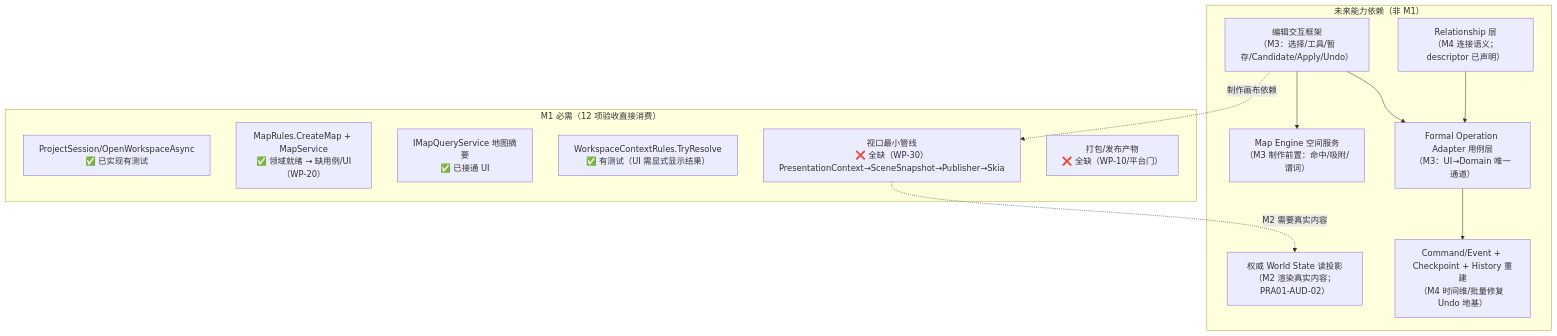
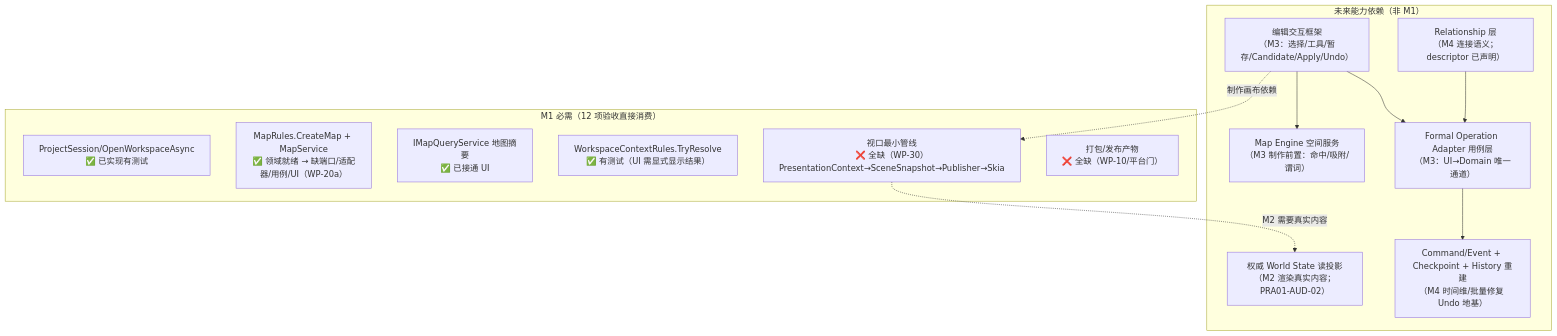
The third of 3 diagrams in docs/implementation/wp-00-inventory/IMPLEMENTATION_DEPENDENCY_GRAPH.md (luqizheng/worldview), drawn with Mermaid before and after one commit. The commit also changed other lines of this file and 6 other files, not shown here.

First line of the commit message:
docs: revise WP-00 inventory - align M1 acceptance with roadmap WP-30, split P0-4, fix WP-20a architecture

````diff
--- a/docs/implementation/wp-00-inventory/IMPLEMENTATION_DEPENDENCY_GRAPH.md
+++ b/docs/implementation/wp-00-inventory/IMPLEMENTATION_DEPENDENCY_GRAPH.md
@@ -56,27 +56,27 @@
 ```mermaid
 graph TD
     subgraph M1Needs["M1 必需（12 项验收直接消费）"]
         m1a["ProjectSession/OpenWorkspaceAsync<br/>✅ 已实现有测试"]
-        m1b["MapRules.CreateMap + MapService<br/>✅ 领域就绪 → 缺用例/UI（WP-20）"]
+        m1b["MapRules.CreateMap + MapService<br/>✅ 领域就绪 → 缺端口/适配器/用例/UI（WP-20a）"]
         m1c["IMapQueryService 地图摘要<br/>✅ 已接通 UI"]
         m1d["WorkspaceContextRules.TryResolve<br/>✅ 有测试（UI 需显式显示结果）"]
         m1e["视口最小管线<br/>❌ 全缺（WP-30）<br/>PresentationContext→SceneSnapshot→Publisher→Skia"]
         m1f["打包/发布产物<br/>❌ 全缺（WP-10/平台门）"]
     end
 
     subgraph FutureNeeds["未来能力依赖（非 M1）"]
         f1["权威 World State 读投影<br/>（M2 渲染真实内容；PRA01-AUD-02）"]
         f2["Map Engine 空间服务<br/>（M3 制作前置：命中/吸附/谓词）"]
         f3["编辑交互框架<br/>（M3：选择/工具/暂存/Candidate/Apply/Undo）"]
         f4["Formal Operation Adapter 用例层<br/>（M3：UI→Domain 唯一通道）"]
         f5["Relationship 层<br/>（M4 连接语义；descriptor 已声明）"]
         f6["Command/Event + Checkpoint + History 重建<br/>（M4 时间维/批量修复 Undo 地基）"]
     end
 
     m1e -.->|M2 需要真实内容| f1
     f3 -.->|制作画布依赖| m1e
     f3 --> f2
     f3 --> f4
     f4 --> f6
     f5 --> f4
 ```
````
